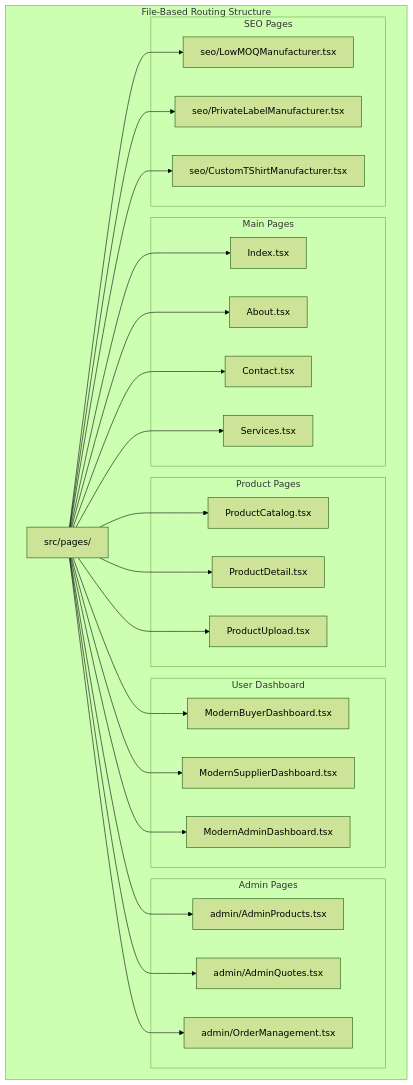
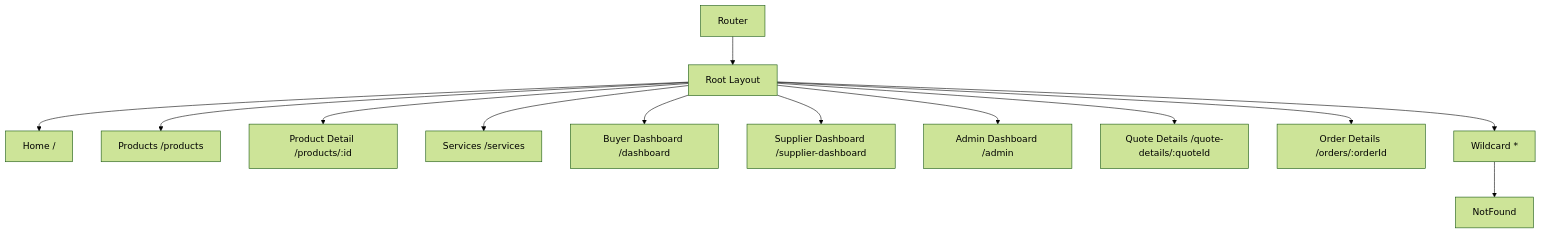
One commit to sleekapparels-admin/sleekapp-v100 changed the first of 7 diagrams in .qoder/repowiki/en/content/Frontend Architecture/Routing & Navigation.md. Above: the diagram before and after it, drawn with Mermaid (forest theme). The commit also changed other lines of this file and 337 other files, not shown here.

````diff
--- a/.qoder/repowiki/en/content/Frontend Architecture/Routing & Navigation.md
+++ b/.qoder/repowiki/en/content/Frontend Architecture/Routing & Navigation.md
@@ -42,48 +42,15 @@
 ```mermaid
-graph TB
-subgraph "File-Based Routing Structure"
-PagesDir[src/pages/]
-subgraph "Main Pages"
-Index[Index.tsx]
-About[About.tsx]
-Contact[Contact.tsx]
-Services[Services.tsx]
-end
-subgraph "Product Pages"
-ProductCatalog[ProductCatalog.tsx]
-ProductDetail[ProductDetail.tsx]
-ProductUpload[ProductUpload.tsx]
-end
-subgraph "User Dashboard"
-BuyerDashboard[ModernBuyerDashboard.tsx]
-SupplierDashboard[ModernSupplierDashboard.tsx]
-AdminDashboard[ModernAdminDashboard.tsx]
-end
-subgraph "Admin Pages"
-AdminProducts[admin/AdminProducts.tsx]
-AdminQuotes[admin/AdminQuotes.tsx]
-OrderManagement[admin/OrderManagement.tsx]
-end
-subgraph "SEO Pages"
-LowMOQ[seo/LowMOQManufacturer.tsx]
-PrivateLabel[seo/PrivateLabelManufacturer.tsx]
-CustomTShirt[seo/CustomTShirtManufacturer.tsx]
-end
-end
-PagesDir --> Index
-PagesDir --> About
-PagesDir --> Contact
-PagesDir --> Services
-PagesDir --> ProductCatalog
-PagesDir --> ProductDetail
-PagesDir --> ProductUpload
-PagesDir --> BuyerDashboard
-PagesDir --> SupplierDashboard
-PagesDir --> AdminDashboard
-PagesDir --> AdminProducts
-PagesDir --> AdminQuotes
-PagesDir --> OrderManagement
-PagesDir --> LowMOQ
-PagesDir --> PrivateLabel
-PagesDir --> CustomTShirt
+graph TD
+A[Router] --> B[Root Layout]
+B --> C[Home /]
+B --> D[Products /products]
+B --> E[Product Detail /products/:id]
+B --> F[Services /services]
+B --> G[Buyer Dashboard /dashboard]
+B --> H[Supplier Dashboard /supplier-dashboard]
+B --> I[Admin Dashboard /admin]
+B --> J[Quote Details /quote-details/:quoteId]
+B --> K[Order Details /orders/:orderId]
+B --> L[Wildcard *]
+L --> M[NotFound]
 ```
````
